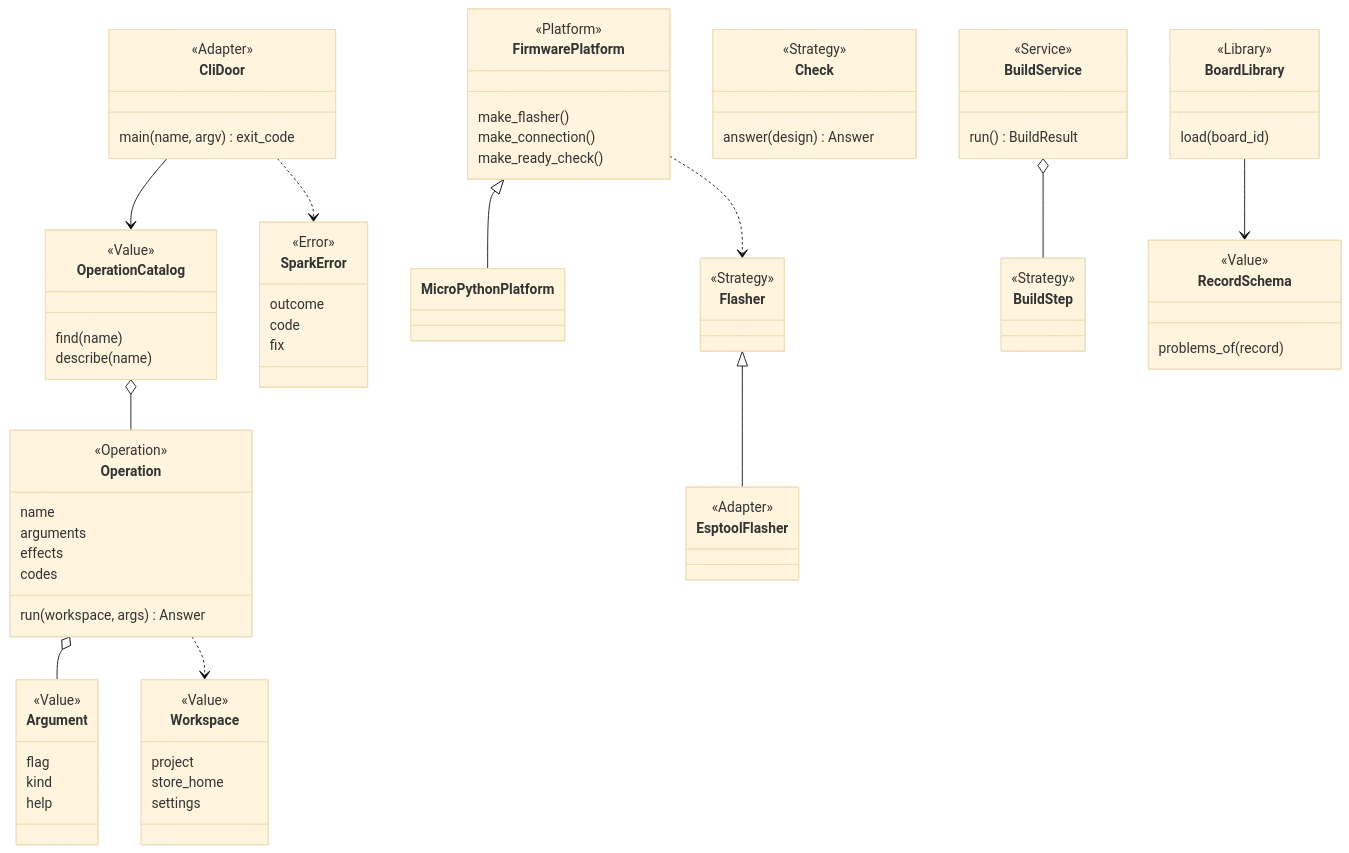
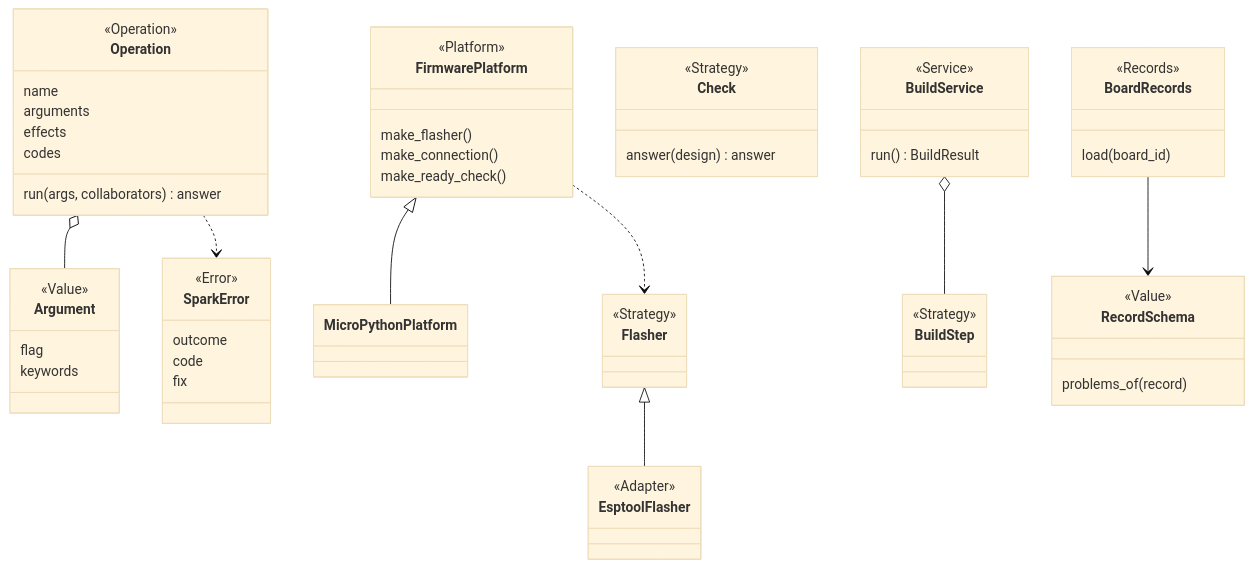
Before and after one commit to xmejkal/spark: the second of 3 diagrams in docs/discovery/2026-10-19-p323-target-architecture/design.md, drawn with Mermaid (base theme). The commit also changed other lines of this file, not shown here.

First line of the commit message:
P323: the refuter's nine findings folded into the design

````diff
--- a/docs/discovery/2026-10-19-p323-target-architecture/design.md
+++ b/docs/discovery/2026-10-19-p323-target-architecture/design.md
@@ -137,80 +161,61 @@
 ```mermaid
 classDiagram
   class Operation {
     <<Operation>>
     name
     arguments
     effects
     codes
-    run(workspace, args) Answer
+    run(args, collaborators) answer
   }
   class Argument {
     <<Value>>
     flag
-    kind
-    help
-  }
-  class OperationCatalog {
-    <<Value>>
-    find(name)
-    describe(name)
-  }
-  class Workspace {
-    <<Value>>
-    project
-    store_home
-    settings
-  }
-  class CliDoor {
-    <<Adapter>>
-    main(name, argv) exit_code
+    keywords
   }
   class SparkError {
     <<Error>>
     outcome
     code
     fix
   }
   class FirmwarePlatform {
     <<Platform>>
     make_flasher()
     make_connection()
     make_ready_check()
   }
   class MicroPythonPlatform
   class Flasher {
     <<Strategy>>
   }
   class EsptoolFlasher {
     <<Adapter>>
   }
   class Check {
     <<Strategy>>
-    answer(design) Answer
+    answer(design) answer
   }
   class BuildService {
     <<Service>>
     run() BuildResult
   }
   class BuildStep {
     <<Strategy>>
   }
-  class BoardLibrary {
-    <<Library>>
+  class BoardRecords {
+    <<Records>>
     load(board_id)
   }
   class RecordSchema {
     <<Value>>
     problems_of(record)
   }
-  OperationCatalog o-- Operation
   Operation o-- Argument
-  Operation ..> Workspace
-  CliDoor --> OperationCatalog
-  CliDoor ..> SparkError
+  Operation ..> SparkError
   FirmwarePlatform <|-- MicroPythonPlatform
   FirmwarePlatform ..> Flasher
   Flasher <|-- EsptoolFlasher
   BuildService o-- BuildStep
-  BoardLibrary --> RecordSchema
+  BoardRecords --> RecordSchema
 ```
````
